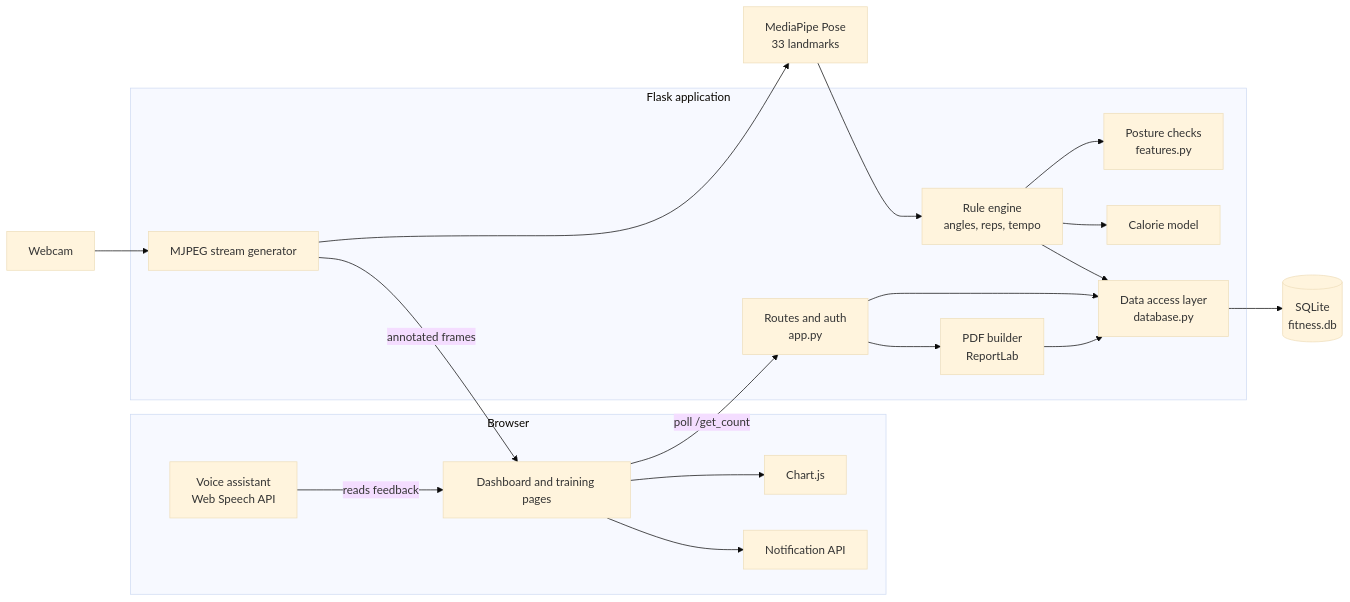
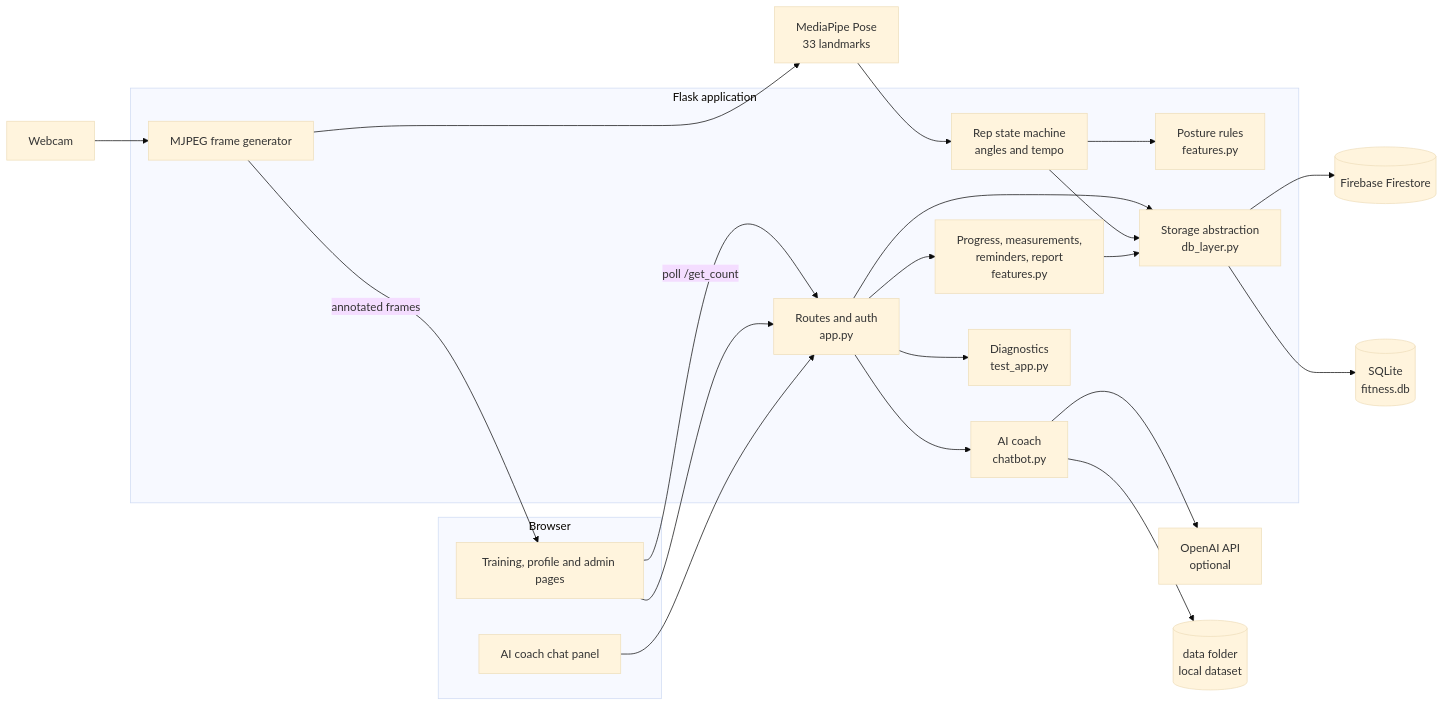
One commit to Alexjmathew/AIBOOMI changed the first of 7 diagrams in README.md. Above: the diagram before and after it, drawn with Mermaid (base theme). The commit also changed other lines of this file, not shown here.

````diff
--- a/README.md
+++ b/README.md
@@ -79,39 +86,44 @@
 ```mermaid
 flowchart LR
     subgraph Client["Browser"]
-        UI["Dashboard and training pages"]
-        VOICE["Voice assistant<br/>Web Speech API"]
-        CHART["Chart.js"]
-        NOTIF["Notification API"]
+        UI["Training, profile and admin pages"]
+        CHAT["AI coach chat panel"]
     end
 
     subgraph Server["Flask application"]
         ROUTES["Routes and auth<br/>app.py"]
-        STREAM["MJPEG stream generator"]
-        ENGINE["Rule engine<br/>angles, reps, tempo"]
-        POSTURE["Posture checks<br/>features.py"]
-        CAL["Calorie model"]
-        PDF["PDF builder<br/>ReportLab"]
-        DAL["Data access layer<br/>database.py"]
+        STREAM["MJPEG frame generator"]
+        ENGINE["Rep state machine<br/>angles and tempo"]
+        POSTURE["Posture rules<br/>features.py"]
+        FEAT["Progress, measurements,<br/>reminders, report<br/>features.py"]
+        COACH["AI coach<br/>chatbot.py"]
+        DIAG["Diagnostics<br/>test_app.py"]
+        DAL["Storage abstraction<br/>db_layer.py"]
     end
 
     CAM["Webcam"]
     MP["MediaPipe Pose<br/>33 landmarks"]
-    DB[("SQLite<br/>fitness.db")]
+    FS[("Firebase Firestore")]
+    SQ[("SQLite<br/>fitness.db")]
+    OAI["OpenAI API<br/>optional"]
+    DATA[("data folder<br/>local dataset")]
 
     CAM --> STREAM
     STREAM --> MP
     MP --> ENGINE
     ENGINE --> POSTURE
-    ENGINE --> CAL
-    ENGINE --> DAL
     STREAM -- "annotated frames" --> UI
     UI -- "poll /get_count" --> ROUTES
-    VOICE -- "reads feedback" --> UI
+    UI --> ROUTES
+    CHAT --> ROUTES
+    ROUTES --> FEAT
+    ROUTES --> COACH
+    ROUTES --> DIAG
     ROUTES --> DAL
-    ROUTES --> PDF
-    PDF --> DAL
-    DAL --> DB
-    UI --> CHART
-    UI --> NOTIF
+    ENGINE --> DAL
+    FEAT --> DAL
+    COACH --> OAI
+    COACH --> DATA
+    DAL --> FS
+    DAL --> SQ
 ```
````
